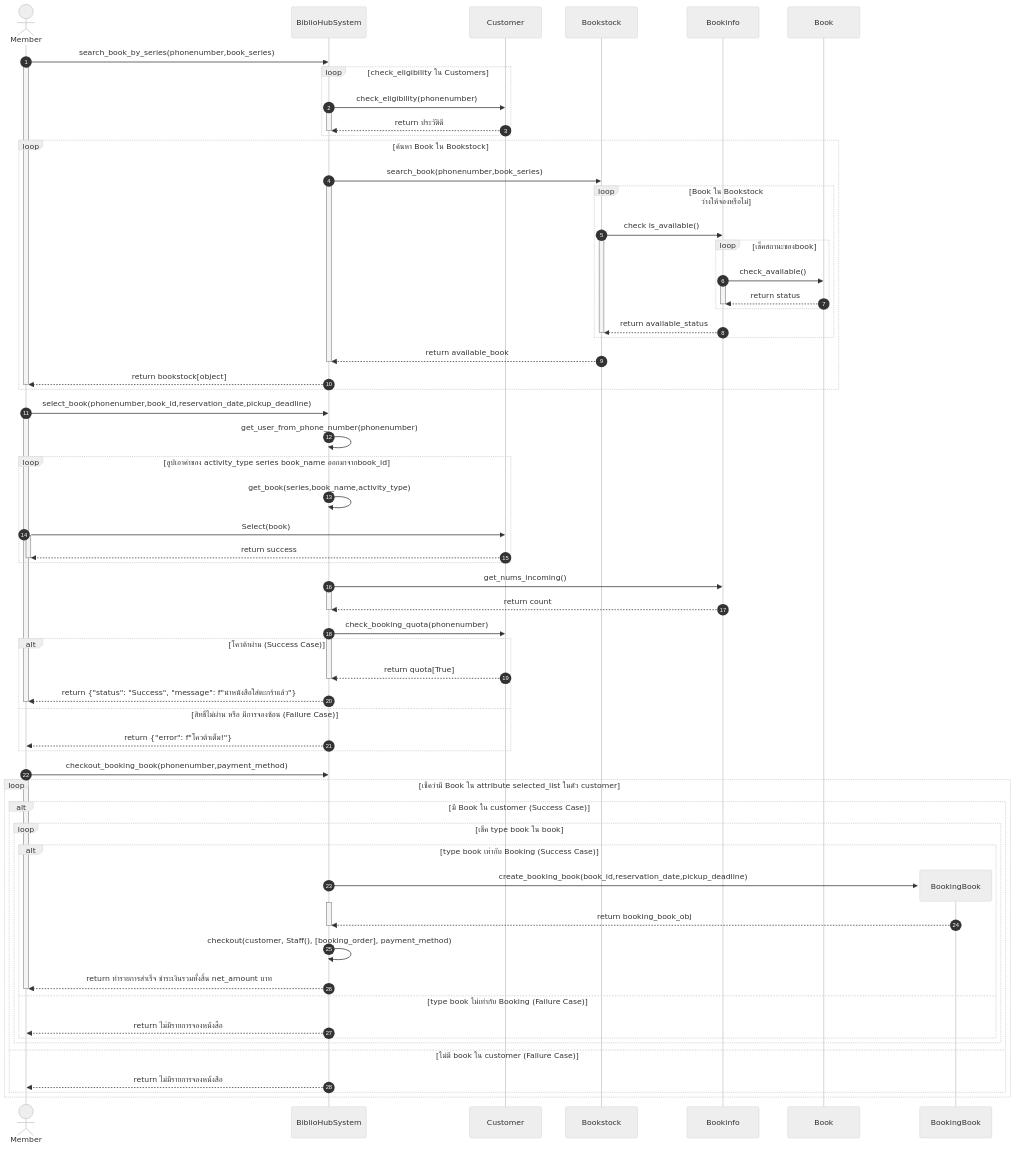
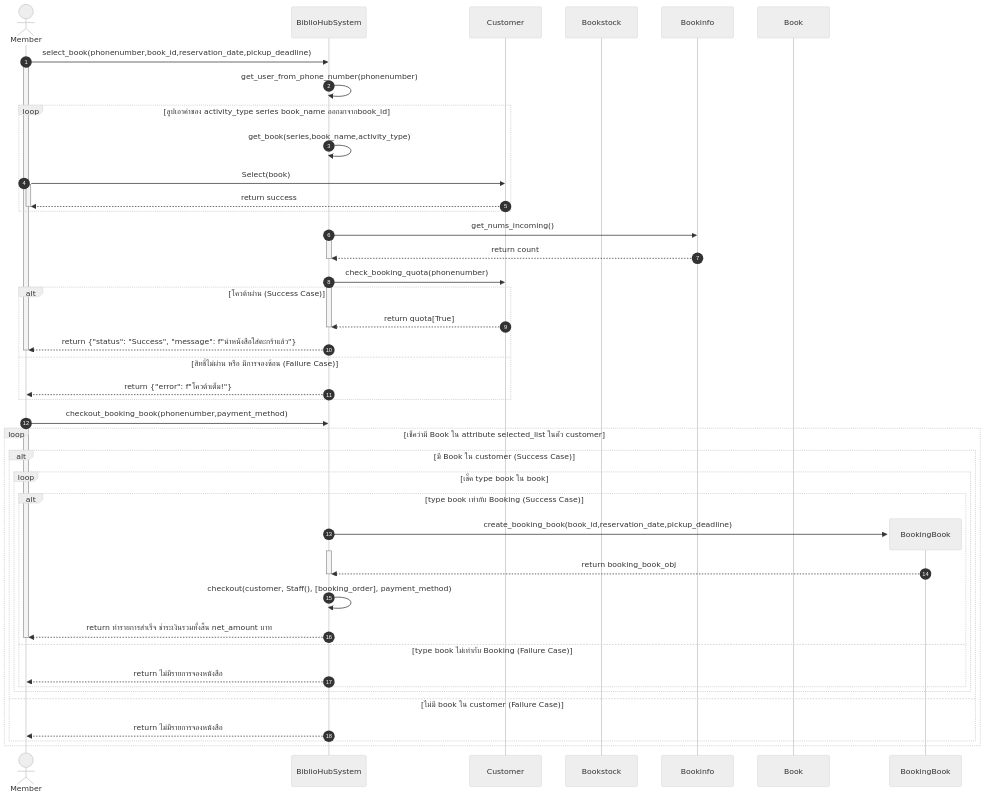
One commit to NadtaphumBadkhunthod/OOP changed the diagram in mermaid/seq_booking_book.mmd. Above: the diagram before and after it, drawn with Mermaid (neutral theme). The commit also changed 6 other files, not shown here.

```diff
--- a/mermaid/seq_booking_book.mmd
+++ b/mermaid/seq_booking_book.mmd
@@ -1,87 +1,56 @@
 sequenceDiagram
     autonumber
     actor Member as Member
     participant System as BiblioHubSystem
     participant Customers as Customer   
     participant Bookstock as Bookstock 
     participant Bookinfo as Bookinfo 
     participant Book as Book
-
-
-    Member->>System: search_book_by_series(phonenumber,book_series)
-    activate Member
-    loop check_eligibility ใน Customers
-        System->>Customers: check_eligibility(phonenumber)
-        activate System
-        Customers-->>System: return ประวัติดี
-        deactivate System
-    end
-    loop ค้นหา Book ใน Bookstock
-        System->>Bookstock: search_book(phonenumber,book_series)
-        activate System
-        loop  Book ใน Bookstock ว่างให้จองหรือไม่
-            Bookstock->>Bookinfo: check is_available()
-            activate Bookstock
-            loop เช็คสถานะของbook
-                
-                Bookinfo->>Book: check_available()
-                activate Bookinfo
-                Book-->>Bookinfo: return status
-                deactivate Bookinfo
-                
-            end
-            Bookinfo-->>Bookstock:return available_status
-            deactivate Bookstock
-        end
-        Bookstock-->>System: return available_book
-        deactivate System
-        System-->>Member: return bookstock[object]
-        deactivate Member
-    end
+    
     Member->>System: select_book(phonenumber,book_id,reservation_date,pickup_deadline)
     activate Member
     System->>System: get_user_from_phone_number(phonenumber)
     loop ลูปเอาค่าของ activity_type series book_name ออกมาจากbook_id
         System->>System: get_book(series,book_name,activity_type)
         Member->>Customers:Select(book)
         activate Member
         Customers-->>Member:return success
         deactivate Member
     end
     System->>Bookinfo: get_nums_incoming()
     activate System
     Bookinfo-->>System: return count
     deactivate System
     System->>Customers: check_booking_quota(phonenumber)
     activate System
     alt โควต้าผ่าน (Success Case)
         Customers-->>System: return quota[True]
         deactivate System
         System-->>Member: return {"status": "Success", "message": f"นำหนังสือใส่ตะกร้าแล้ว"}
         deactivate Member
     else สิทธิ์ไม่ผ่าน หรือ มีการจองซ้อน (Failure Case)
         System-->>Member: return {"error": f"โควต้าเต็ม!"}
     end
 
     Member->>System: checkout_booking_book(phonenumber,payment_method)
     activate Member
     loop เช็คว่ามี Book ใน attribute selected_list ในตัว customer
         alt มี Book ใน customer (Success Case)
             loop เช็ค type book ใน book
                 alt type book เท่ากับ Booking (Success Case)
                     create participant BB as BookingBook
                     System->>BB:create_booking_book(book_id,reservation_date,pickup_deadline)
                     activate System
                     BB -->>System:return booking_book_obj
                     deactivate System
                     System->>System:checkout(customer, Staff(), [booking_order], payment_method)
                     System-->>Member:return ทำรายการสำเร็จ ชำระเงินรวมทั้งสิ้น net_amount บาท
                     deactivate Member
                 else type book ไม่เท่ากับ Booking (Failure Case)
                     System-->>Member: return ไม่มีรายการจองหนังสือ
                 end
             end
         else ไม่มี book ใน customer (Failure Case)
             System-->>Member: return ไม่มีรายการจองหนังสือ
         end
     end
```
